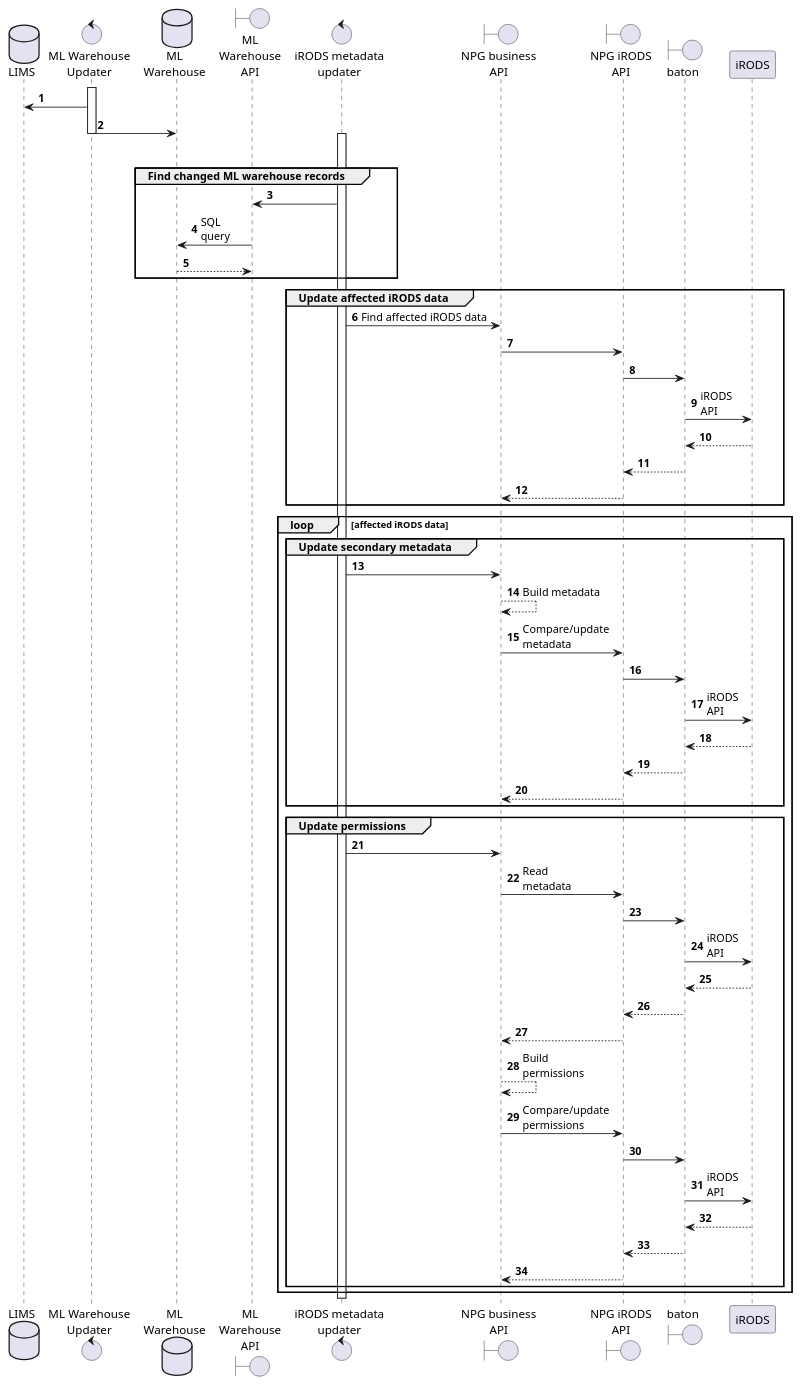
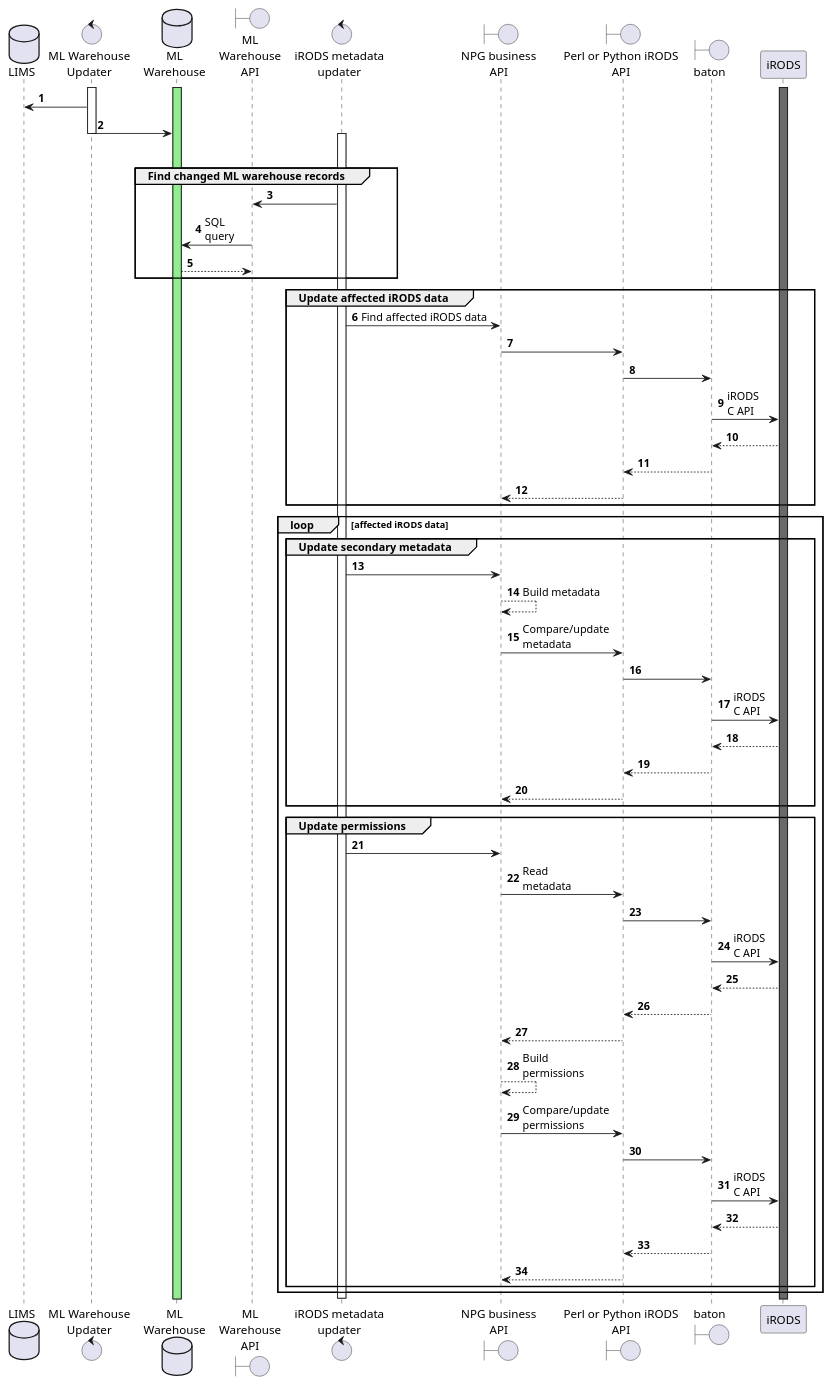
Before and after one commit to wtsi-npg/npg_irods: the diagram in doc/diagrams/update_irods_metadata.puml, drawn with PlantUML. The commit also changed 4 other files, not shown here.

First line of the commit message:
Improve sequence diagram labels and structure

```diff
--- a/doc/diagrams/update_irods_metadata.puml
+++ b/doc/diagrams/update_irods_metadata.puml
@@ -1,80 +1,83 @@
 @startuml
 'https://plantuml.com/sequence-diagram
 
 autonumber
 database "LIMS" as lims
 control "ML Warehouse\nUpdater" as wh_updater
 
 database "ML\nWarehouse" as mlwh
 boundary "ML\nWarehouse\nAPI" as mlwh_api
 
 control "iRODS metadata\nupdater" as irods_updater
 
 boundary "NPG business\nAPI" as npg_business_api
-boundary "NPG iRODS\nAPI" as npg_irods_api
+boundary "Perl or Python iRODS\nAPI" as pp_irods_api
 
 boundary "baton" as baton
 participant "iRODS" as irods
+
+activate mlwh #lightgreen
+activate irods #dimgray
 
 activate wh_updater
 wh_updater -> lims
 wh_updater -> mlwh
 deactivate wh_updater
 
 group Update iRODS metadata
 group Find changed ML warehouse records
 activate irods_updater
 irods_updater -> mlwh_api
 mlwh_api -> mlwh : SQL\nquery
 mlwh --> mlwh_api
 end group
 
 group Update affected iRODS data
 irods_updater -> npg_business_api : Find affected iRODS data
-npg_business_api -> npg_irods_api
-npg_irods_api -> baton
-baton -> irods : iRODS\nAPI
+npg_business_api -> pp_irods_api
+pp_irods_api -> baton
+baton -> irods : iRODS\nC API
 irods --> baton
-baton --> npg_irods_api
-npg_irods_api --> npg_business_api
+baton --> pp_irods_api
+pp_irods_api --> npg_business_api
 end group
 
 loop affected iRODS data
 
 group Update secondary metadata
 irods_updater -> npg_business_api
 
 npg_business_api --> npg_business_api : Build metadata
 
-npg_business_api -> npg_irods_api : Compare/update\nmetadata
-npg_irods_api -> baton
-baton -> irods : iRODS\nAPI
+npg_business_api -> pp_irods_api : Compare/update\nmetadata
+pp_irods_api -> baton
+baton -> irods : iRODS\nC API
 irods --> baton
-baton --> npg_irods_api
-npg_irods_api --> npg_business_api
+baton --> pp_irods_api
+pp_irods_api --> npg_business_api
 end group
 
 group Update permissions
 irods_updater -> npg_business_api
-npg_business_api -> npg_irods_api : Read\nmetadata
+npg_business_api -> pp_irods_api : Read\nmetadata
 
-npg_irods_api -> baton
-baton -> irods : iRODS\nAPI
+pp_irods_api -> baton
+baton -> irods : iRODS\nC API
 irods --> baton
-baton --> npg_irods_api
-npg_irods_api --> npg_business_api
+baton --> pp_irods_api
+pp_irods_api --> npg_business_api
 
 npg_business_api --> npg_business_api : Build\npermissions
 
-npg_business_api -> npg_irods_api : Compare/update\npermissions
-npg_irods_api -> baton
-baton -> irods : iRODS\nAPI
+npg_business_api -> pp_irods_api : Compare/update\npermissions
+pp_irods_api -> baton
+baton -> irods : iRODS\nC API
 irods --> baton
-baton --> npg_irods_api
-npg_irods_api --> npg_business_api
+baton --> pp_irods_api
+pp_irods_api --> npg_business_api
 end group
 end
 
 deactivate irods_updater
 
 @enduml
```
